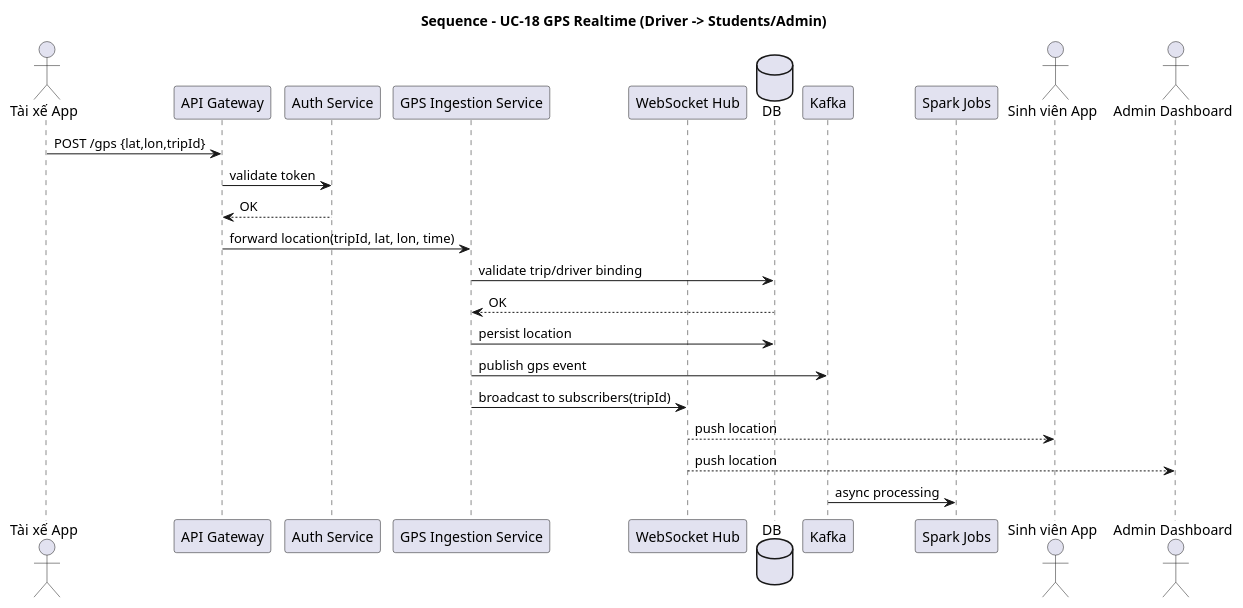
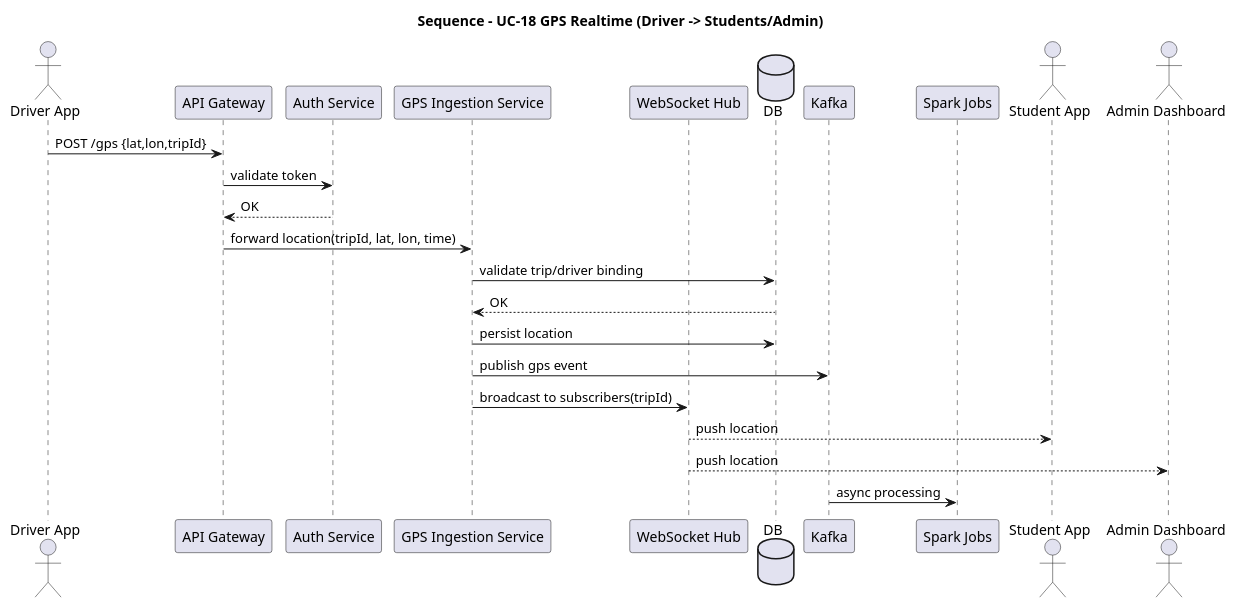
One commit to phuongbv00/hust-bus-stop changed the diagram in docs/uml/sequence/sequence_uc18_gps_realtime.puml. Above: the diagram before and after it, drawn with PlantUML. The commit also changed 5 other files, not shown here.

Commit message:
docs: update diagrams

```diff
--- a/docs/uml/sequence/sequence_uc18_gps_realtime.puml
+++ b/docs/uml/sequence/sequence_uc18_gps_realtime.puml
@@ -1,28 +1,28 @@
 @startuml
 title Sequence - UC-18 GPS Realtime (Driver -> Students/Admin)
-actor "Tài xế App" as DriverApp
+actor "Driver App" as DriverApp
 participant "API Gateway" as API
 participant "Auth Service" as Auth
 participant "GPS Ingestion Service" as GPSSvc
 participant "WebSocket Hub" as WS
 database "DB" as DB
 participant "Kafka" as Kafka
 participant "Spark Jobs" as Spark
-actor "Sinh viên App" as StudentApp
+actor "Student App" as StudentApp
 actor "Admin Dashboard" as AdminUI
 
 DriverApp -> API : POST /gps {lat,lon,tripId}
 API -> Auth : validate token
 Auth --> API : OK
 API -> GPSSvc : forward location(tripId, lat, lon, time)
 GPSSvc -> DB : validate trip/driver binding
 DB --> GPSSvc : OK
 GPSSvc -> DB : persist location
 GPSSvc -> Kafka : publish gps event
 GPSSvc -> WS : broadcast to subscribers(tripId)
 WS --> StudentApp : push location
 WS --> AdminUI : push location
 
 ' Optional consumers
 Kafka -> Spark : async processing
 @enduml
```
